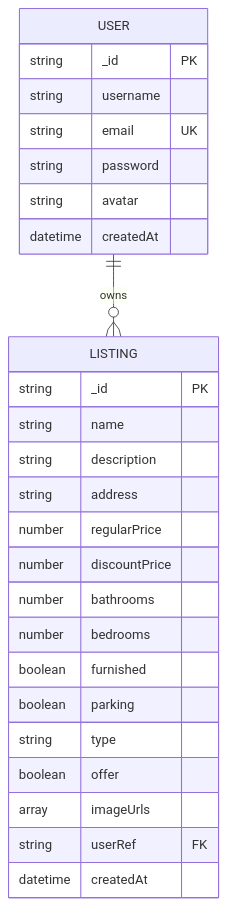
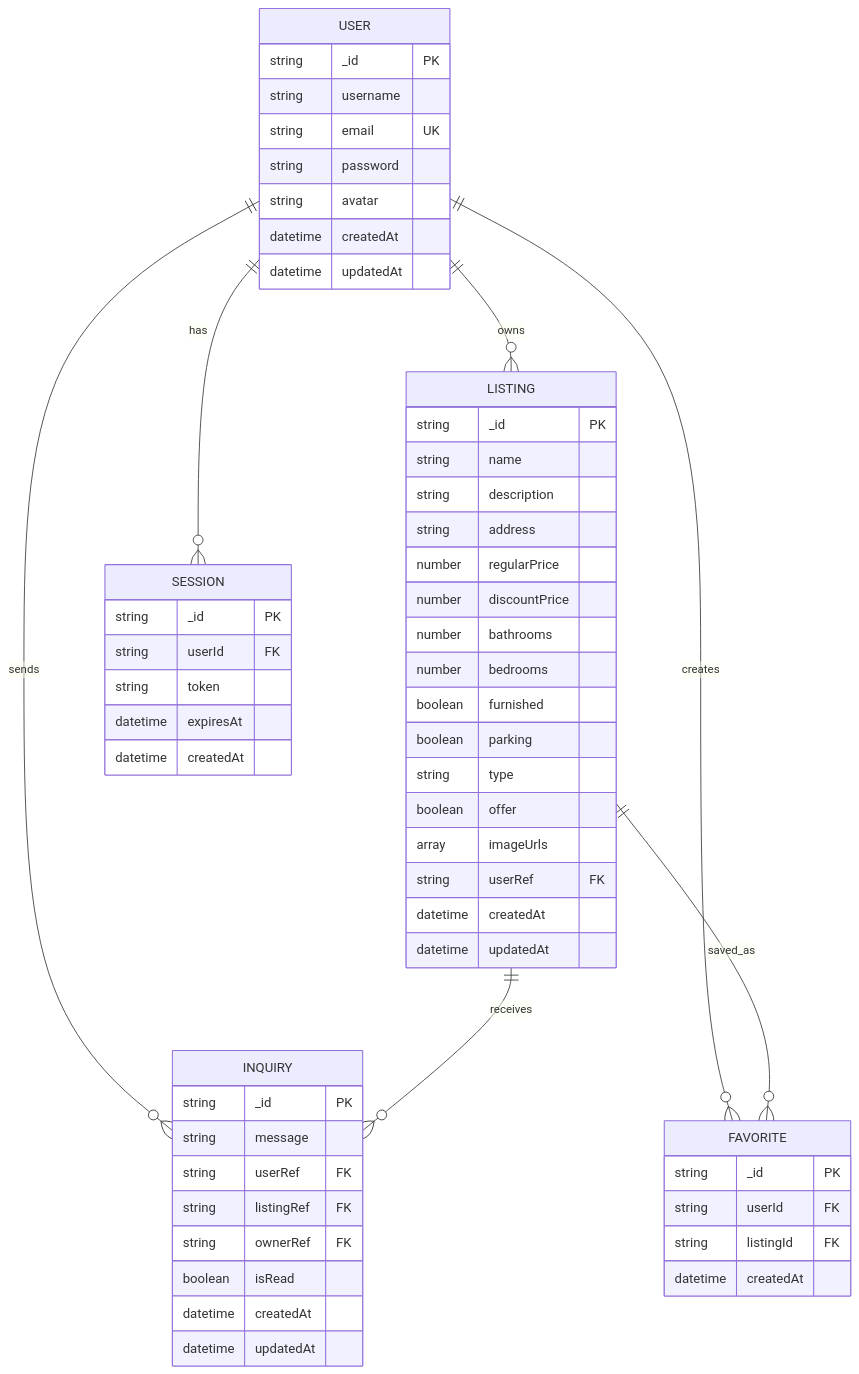
Before and after one commit to im-shafiqurrehman/RealEstate-Mern: the second of 2 diagrams in README.md, drawn with Mermaid. The commit also changed other lines of this file, not shown here.

````diff
--- a/README.md
+++ b/README.md
@@ -50,31 +144,64 @@
 ```mermaid
 erDiagram
     USER {
         string _id PK
         string username
         string email UK
         string password
         string avatar
         datetime createdAt
+        datetime updatedAt
     }
     
     LISTING {
         string _id PK
         string name
         string description
         string address
         number regularPrice
         number discountPrice
         number bathrooms
         number bedrooms
         boolean furnished
         boolean parking
         string type
         boolean offer
         array imageUrls
         string userRef FK
         datetime createdAt
+        datetime updatedAt
+    }
+    
+    INQUIRY {
+        string _id PK
+        string message
+        string userRef FK
+        string listingRef FK
+        string ownerRef FK
+        boolean isRead
+        datetime createdAt
+        datetime updatedAt
+    }
+    
+    SESSION {
+        string _id PK
+        string userId FK
+        string token
+        datetime expiresAt
+        datetime createdAt
+    }
+    
+    FAVORITE {
+        string _id PK
+        string userId FK
+        string listingId FK
+        datetime createdAt
     }
     
     USER ||--o{ LISTING : owns
+    USER ||--o{ INQUIRY : sends
+    USER ||--o{ SESSION : has
+    USER ||--o{ FAVORITE : creates
+    LISTING ||--o{ INQUIRY : receives
+    LISTING ||--o{ FAVORITE : saved_as
 ```
````
